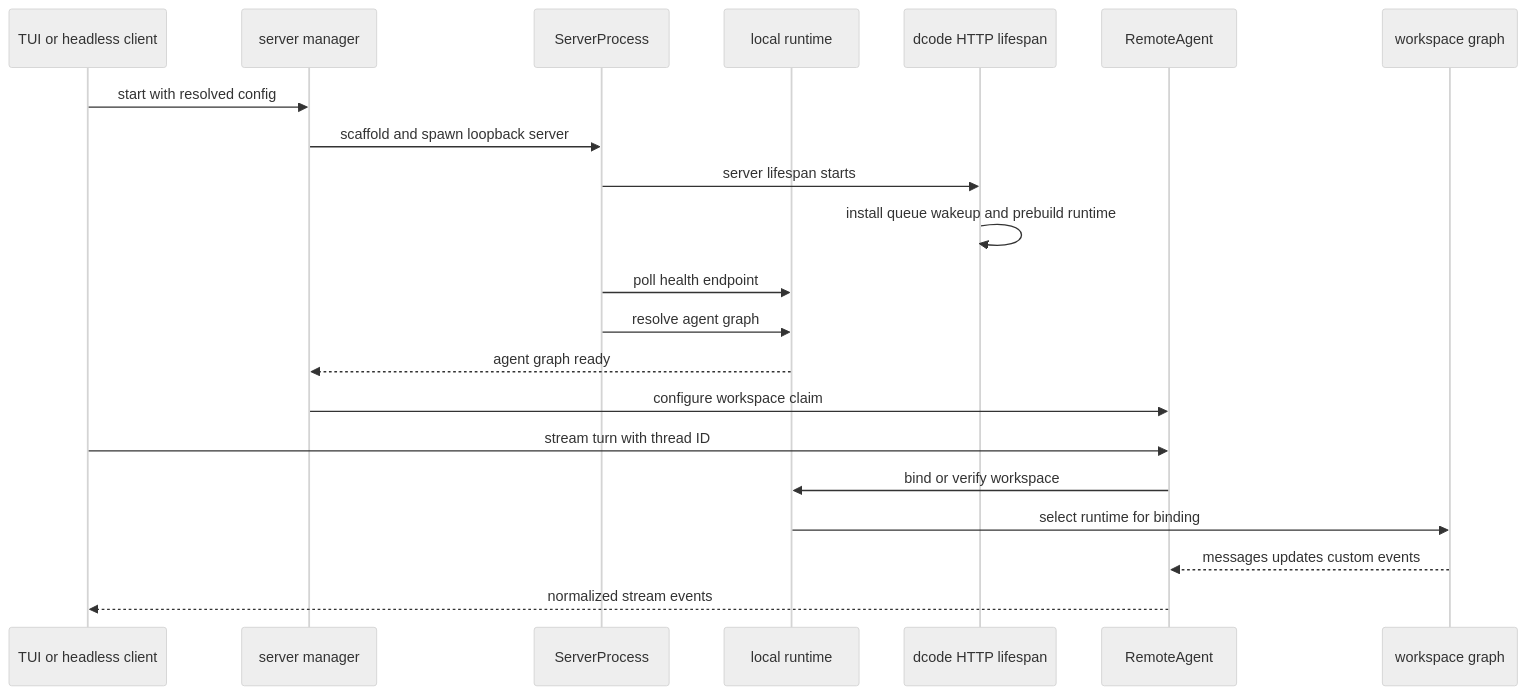
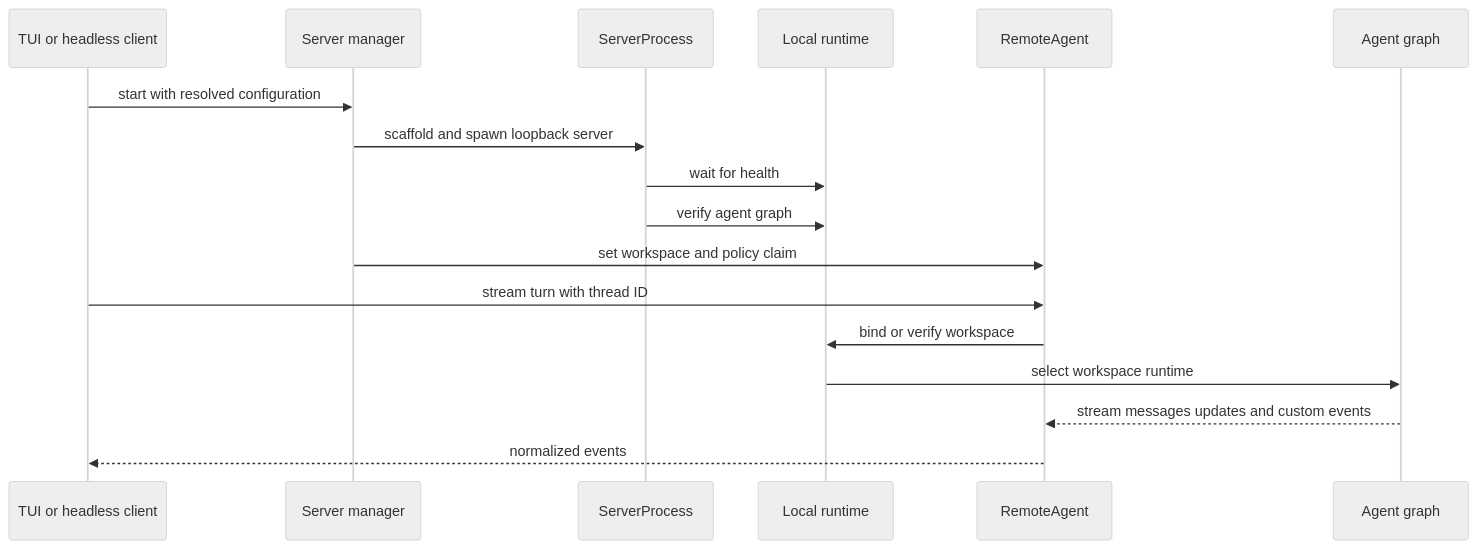
Before and after one commit to langchain-ai/deepagents: the second of 3 diagrams in openwiki/workflows/run-dcode-session.md, drawn with Mermaid (neutral theme). The commit also changed other lines of this file and 33 other files, not shown here.

````diff
--- a/openwiki/workflows/run-dcode-session.md
+++ b/openwiki/workflows/run-dcode-session.md
@@ -76,23 +86,19 @@
 ```mermaid
 sequenceDiagram
     participant Client as TUI or headless client
-    participant Manager as server manager
+    participant Manager as Server manager
     participant Process as ServerProcess
-    participant Server as local runtime
-    participant API as dcode HTTP lifespan
+    participant Runtime as Local runtime
     participant Remote as RemoteAgent
-    participant Graph as workspace graph
-    Client->>Manager: start with resolved config
+    participant Graph as Agent graph
+    Client->>Manager: start with resolved configuration
     Manager->>Process: scaffold and spawn loopback server
-    Process->>API: server lifespan starts
-    API->>API: install queue wakeup and prebuild runtime
-    Process->>Server: poll health endpoint
-    Process->>Server: resolve agent graph
-    Server-->>Manager: agent graph ready
-    Manager->>Remote: configure workspace claim
+    Process->>Runtime: wait for health
+    Process->>Runtime: verify agent graph
+    Manager->>Remote: set workspace and policy claim
     Client->>Remote: stream turn with thread ID
-    Remote->>Server: bind or verify workspace
-    Server->>Graph: select runtime for binding
-    Graph-->>Remote: messages updates custom events
-    Remote-->>Client: normalized stream events
+    Remote->>Runtime: bind or verify workspace
+    Runtime->>Graph: select workspace runtime
+    Graph-->>Remote: stream messages updates and custom events
+    Remote-->>Client: normalized events
 ```
````
